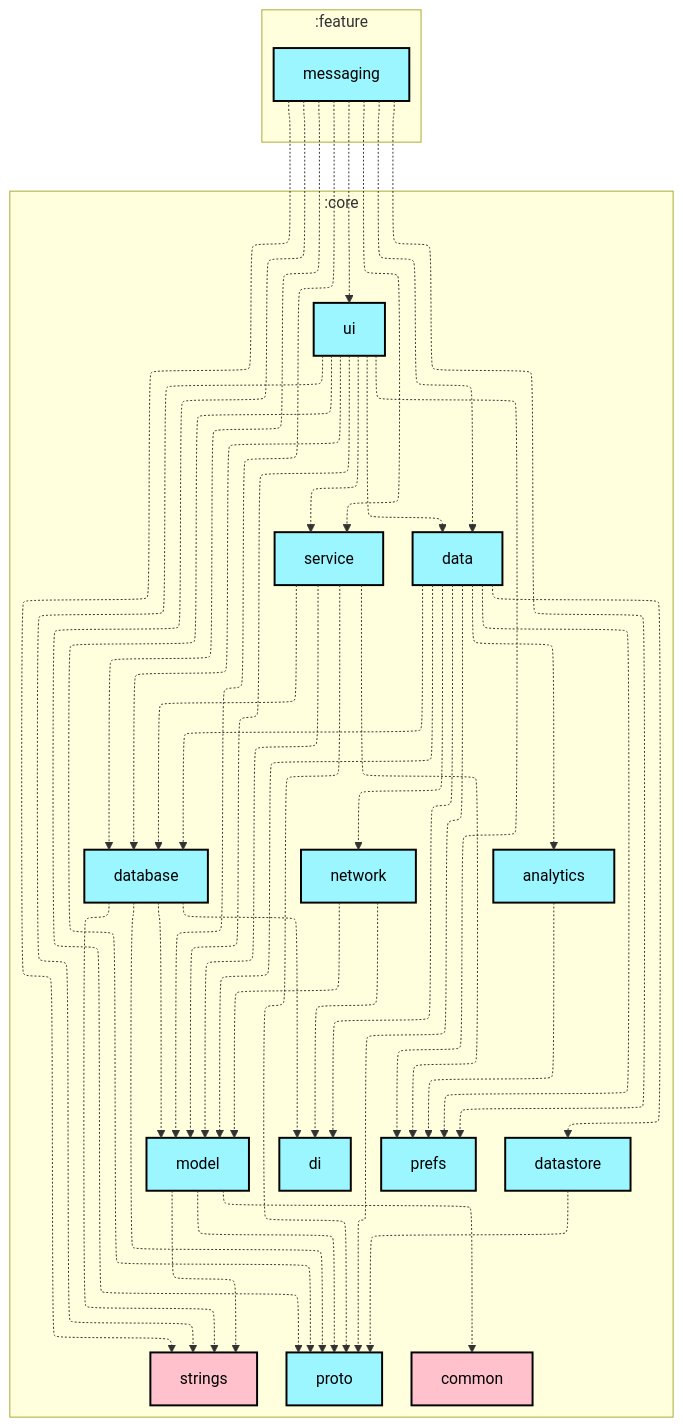
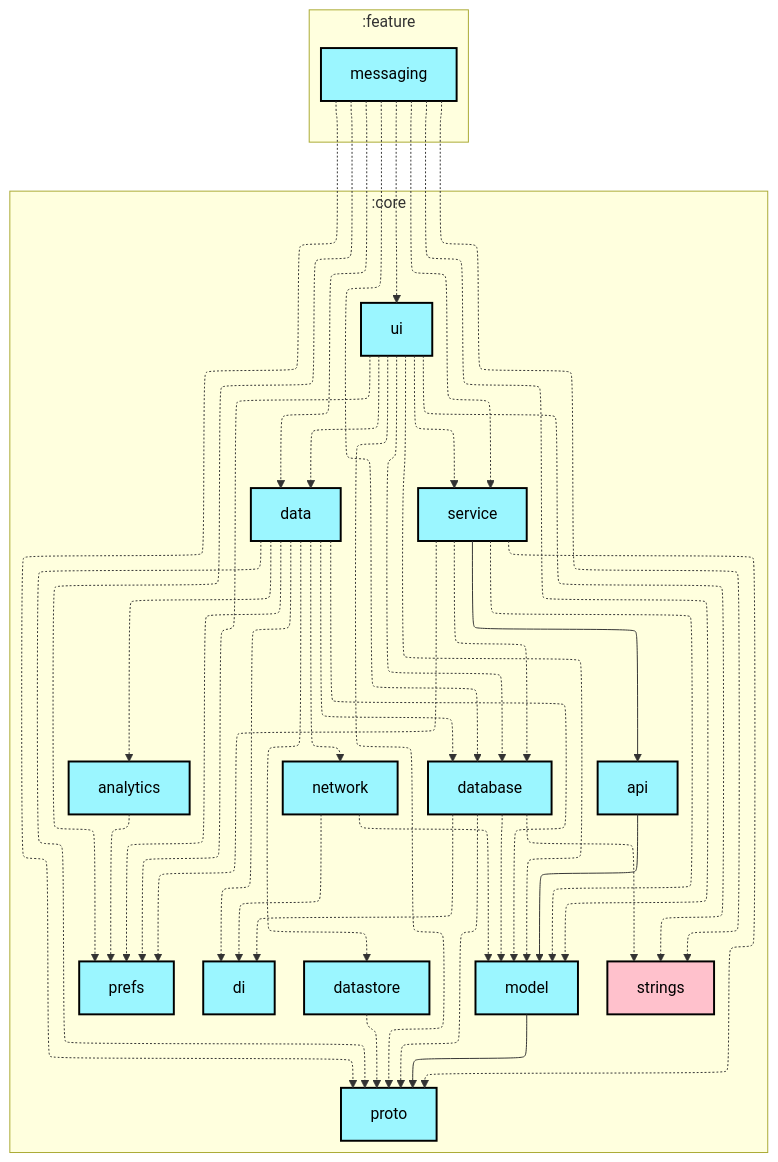
One commit to meshtastic/Meshtastic-Android changed the first of 2 diagrams in feature/messaging/README.md. Above: the diagram before and after it, drawn with Mermaid. The commit also changed 11 other files, not shown here.

First line of the commit message:
chore: Scheduled updates (Firmware, Hardware, Translations, Graphs)

````diff
--- a/feature/messaging/README.md
+++ b/feature/messaging/README.md
@@ -6,78 +6,78 @@
 ```mermaid
 ---
 config:
   layout: elk
   elk:
     nodePlacementStrategy: SIMPLE
 ---
 graph TB
   subgraph :feature
     direction TB
     :feature:messaging[messaging]:::android-library
   end
   subgraph :core
     direction TB
     :core:analytics[analytics]:::android-library
-    :core:common[common]:::kmp-library
+    :core:api[api]:::android-library
     :core:data[data]:::android-library
     :core:database[database]:::android-library
     :core:datastore[datastore]:::android-library
     :core:di[di]:::android-library
     :core:model[model]:::android-library
     :core:network[network]:::android-library
     :core:prefs[prefs]:::android-library
     :core:proto[proto]:::android-library
     :core:service[service]:::android-library
     :core:strings[strings]:::kmp-library
     :core:ui[ui]:::android-library
   end
 
   :core:analytics -.-> :core:prefs
+  :core:api --> :core:model
   :core:data -.-> :core:analytics
   :core:data -.-> :core:database
   :core:data -.-> :core:datastore
   :core:data -.-> :core:di
   :core:data -.-> :core:model
   :core:data -.-> :core:network
   :core:data -.-> :core:prefs
   :core:data -.-> :core:proto
   :core:database -.-> :core:di
   :core:database -.-> :core:model
   :core:database -.-> :core:proto
   :core:database -.-> :core:strings
   :core:datastore -.-> :core:proto
-  :core:model -.-> :core:common
-  :core:model -.-> :core:proto
-  :core:model -.-> :core:strings
+  :core:model --> :core:proto
   :core:network -.-> :core:di
   :core:network -.-> :core:model
+  :core:service --> :core:api
   :core:service -.-> :core:database
   :core:service -.-> :core:model
   :core:service -.-> :core:prefs
   :core:service -.-> :core:proto
   :core:ui -.-> :core:data
   :core:ui -.-> :core:database
   :core:ui -.-> :core:model
   :core:ui -.-> :core:prefs
   :core:ui -.-> :core:proto
   :core:ui -.-> :core:service
   :core:ui -.-> :core:strings
   :feature:messaging -.-> :core:data
   :feature:messaging -.-> :core:database
   :feature:messaging -.-> :core:model
   :feature:messaging -.-> :core:prefs
   :feature:messaging -.-> :core:proto
   :feature:messaging -.-> :core:service
   :feature:messaging -.-> :core:strings
   :feature:messaging -.-> :core:ui
 
 classDef android-application fill:#CAFFBF,stroke:#000,stroke-width:2px,color:#000;
 classDef android-application-compose fill:#CAFFBF,stroke:#000,stroke-width:2px,color:#000;
 classDef android-feature fill:#FFD6A5,stroke:#000,stroke-width:2px,color:#000;
 classDef android-library fill:#9BF6FF,stroke:#000,stroke-width:2px,color:#000;
 classDef android-library-compose fill:#9BF6FF,stroke:#000,stroke-width:2px,color:#000;
 classDef android-test fill:#A0C4FF,stroke:#000,stroke-width:2px,color:#000;
 classDef jvm-library fill:#BDB2FF,stroke:#000,stroke-width:2px,color:#000;
 classDef kmp-library fill:#FFC1CC,stroke:#000,stroke-width:2px,color:#000;
 classDef unknown fill:#FFADAD,stroke:#000,stroke-width:2px,color:#000;
 ```
````
